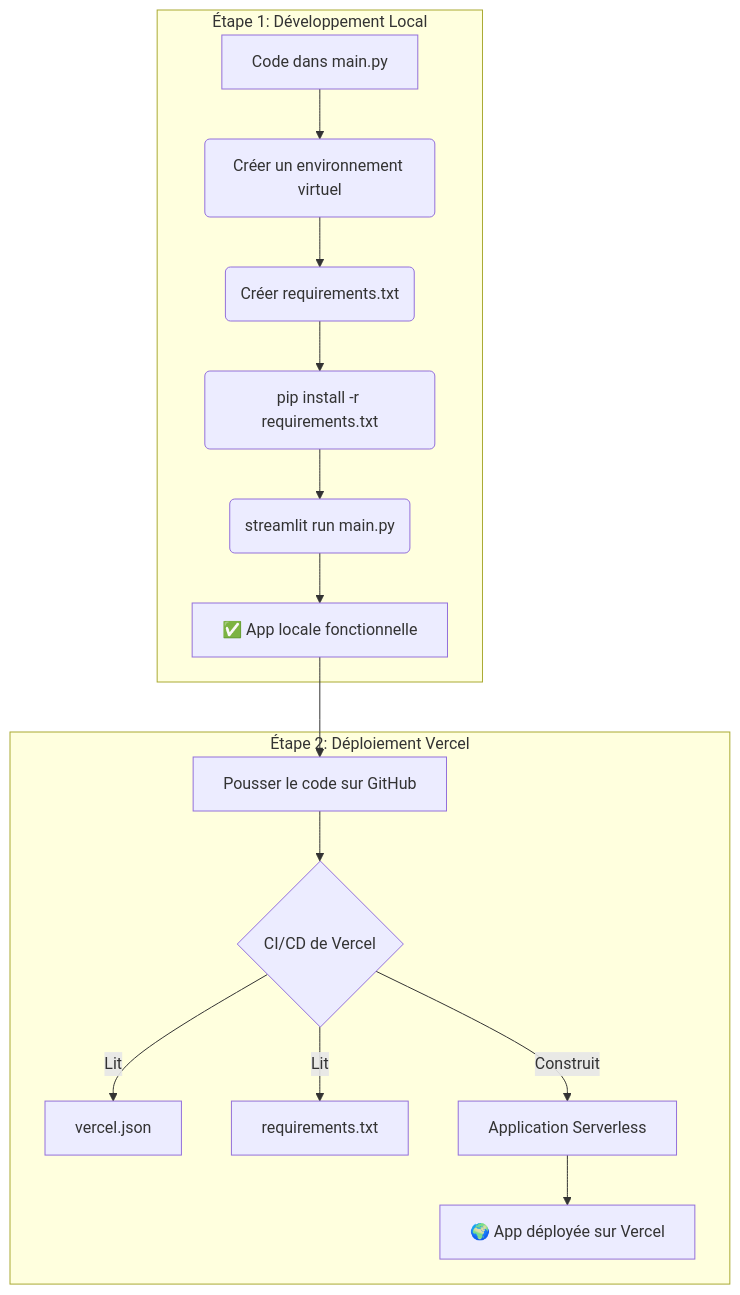
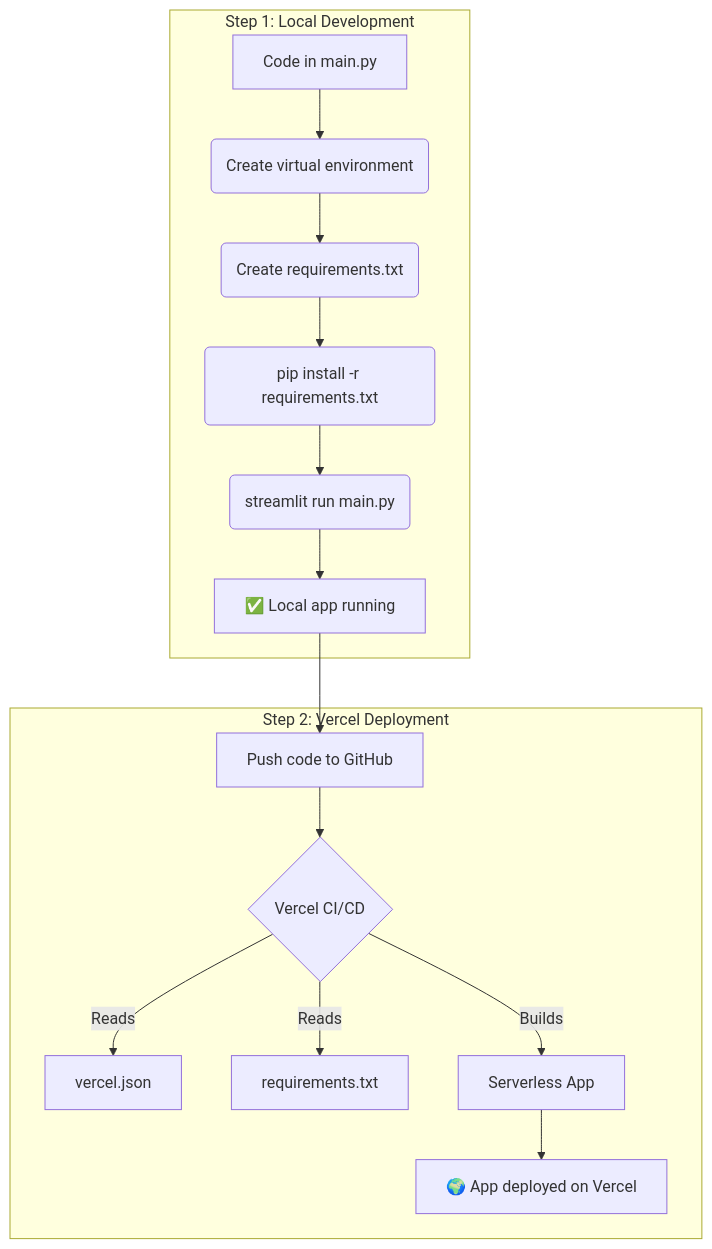
One commit to Erwin-Labs/EF1-EF2-Migration-Chatbot changed the diagram in README.md. Above: the diagram before and after it, drawn with Mermaid. The commit also changed other lines of this file, not shown here.

````diff
--- a/README.md
+++ b/README.md
@@ -96,20 +76,20 @@
 ```mermaid
 graph TD
-    subgraph "Étape 1: Développement Local"
-        A[Code dans main.py] --> B(Créer un environnement virtuel);
-        B --> C(Créer requirements.txt);
-        C --> D(pip install -r requirements.txt);
-        D --> E(streamlit run main.py);
-        E --> F[✅ App locale fonctionnelle];
+    subgraph "Step 1: Local Development"
+        A[Code in main.py] --> B(Create virtual environment)
+        B --> C(Create requirements.txt)
+        C --> D(pip install -r requirements.txt)
+        D --> E(streamlit run main.py)
+        E --> F[✅ Local app running]
     end
 
-    subgraph "Étape 2: Déploiement Vercel"
-        G[Pousser le code sur GitHub] --> H{CI/CD de Vercel};
-        H -- Lit --> I[vercel.json];
-        H -- Lit --> J[requirements.txt];
-        H -- Construit --> K[Application Serverless];
-        K --> L[🌍 App déployée sur Vercel];
+    subgraph "Step 2: Vercel Deployment"
+        G[Push code to GitHub] --> H{Vercel CI/CD}
+        H -- Reads --> I[vercel.json]
+        H -- Reads --> J[requirements.txt]
+        H -- Builds --> K[Serverless App]
+        K --> L[🌍 App deployed on Vercel]
     end
 
     F --> G;
 ```
````
